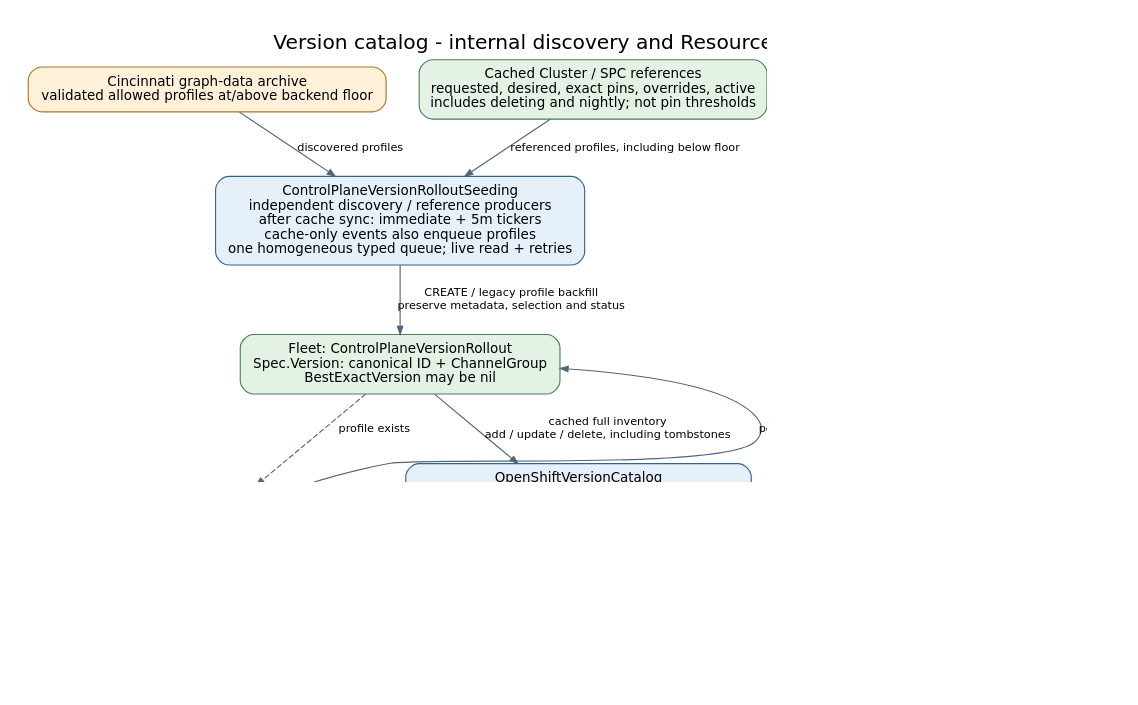
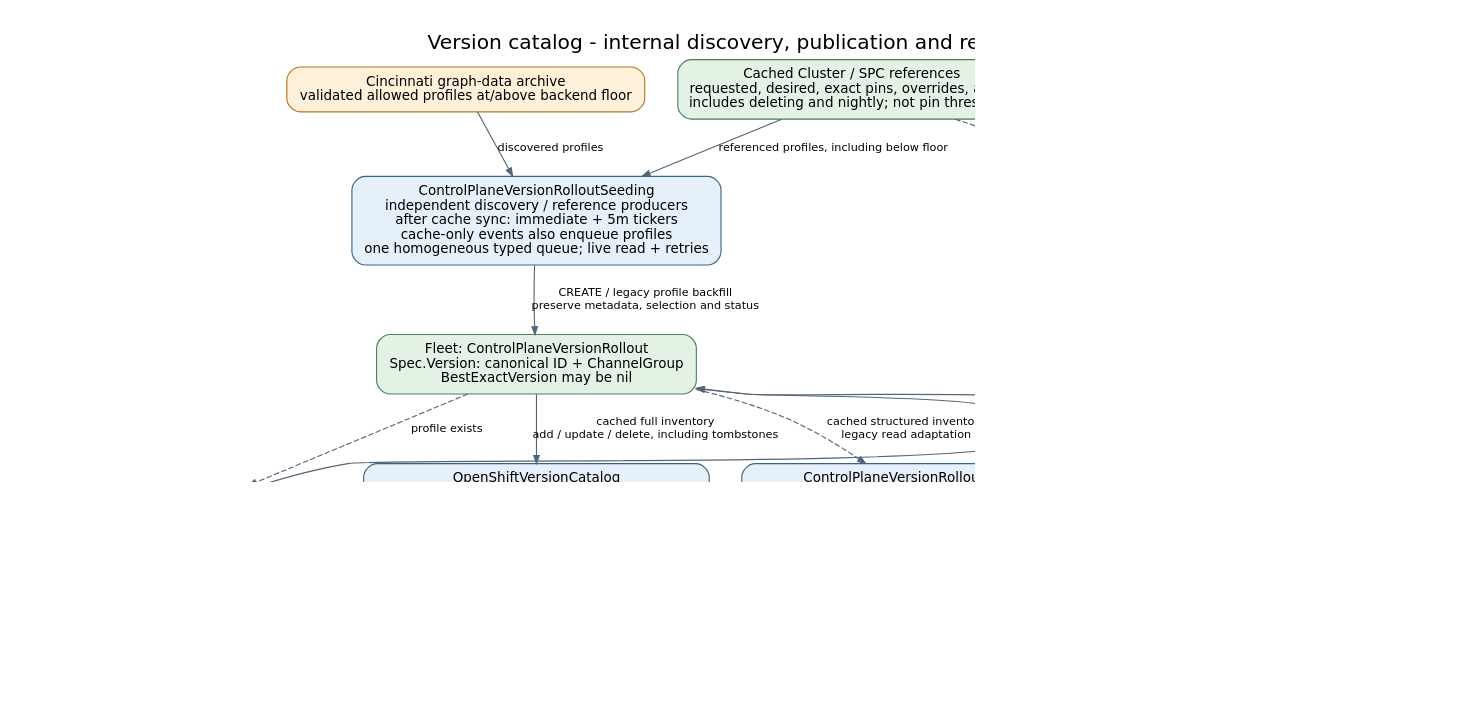
Before and after one commit to stevekuznetsov/ARO-HCP: the diagram in docs/diagrams/controller-flows/version-catalog.dot, drawn with Graphviz. The commit also changed 10 other files, not shown here.

Commit message:
feat: retire unreferenced obsolete version rollouts

```diff
--- a/docs/diagrams/controller-flows/version-catalog.dot
+++ b/docs/diagrams/controller-flows/version-catalog.dot
@@ -1,21 +1,25 @@
 digraph version_catalog {
-  graph [rankdir=TB, bgcolor="white", pad="0.3", nodesep="0.4", ranksep="0.55", fontname="DejaVu Sans", fontsize=18, labelloc=t, label="Version catalog - internal discovery and Resources publication", dpi=110];
+  graph [rankdir=TB, bgcolor="white", pad="0.3", nodesep="0.4", ranksep="0.55", fontname="DejaVu Sans", fontsize=18, labelloc=t, label="Version catalog - internal discovery, publication and retirement", dpi=110];
   node [shape=box, style="rounded,filled", fillcolor="#e6f0fa", color="#35648a", fontname="DejaVu Sans", fontsize=12, margin="0.16,0.10"];
   edge [color="#536577", fontname="DejaVu Sans", fontsize=10, arrowsize=0.7];
   graphdata [label="Cincinnati graph-data archive\nvalidated allowed profiles at/above backend floor", fillcolor="#fff0da", color="#b27624"];
   refs [label="Cached Cluster / SPC references\nrequested, desired, exact pins, overrides, active\nincludes deleting and nightly; not pin thresholds", fillcolor="#e4f2e5", color="#4c8053"];
   seed [label="ControlPlaneVersionRolloutSeeding\nindependent discovery / reference producers\nafter cache sync: immediate + 5m tickers\ncache-only events also enqueue profiles\none homogeneous typed queue; live read + retries"];
   fleet [label="Fleet: ControlPlaneVersionRollout\nSpec.Version: canonical ID + ChannelGroup\nBestExactVersion may be nil", fillcolor="#e4f2e5", color="#4c8053"];
   best [label="ControlPlaneVersionBestVersionSelection\nCincinnati exact-release selection\nexisting selector does not resolve nightly"];
   publish [label="OpenShiftVersionCatalog\ninitial cache sync + startup + rollout events\n5m delayed requeue; one regional key / worker\nadapt legacy profile without persisted backfill\nvalidate all; public floor; sort ID then channel\nAvailable = BestExactVersion != nil"];
   catalog [label="Resources: OpenShiftVersionCatalog/default\nprovider-namespace partition; regional account\nEntries: Version {ID, ChannelGroup}, Available\nincludes unresolved entries; empty results = []", fillcolor="#e4f2e5", color="#4c8053"];
-  boundary [shape=note, label="Persistence only at this stage\nFrontend version GET/LIST still use Cluster Service\nNo rollout retirement controller", fillcolor="#f5f5f5", color="#777777"];
+  retire [label="ControlPlaneVersionRolloutRetirement\nafter cache sync: immediate + 5m ticker\none regional key / worker; queue retries\nadapt legacy profiles; validate all inventory\nDELETE only below backend floor AND unreferenced\nany inventory error blocks all deletion"];
+  boundary [shape=note, label="Catalog persistence only at this stage\nFrontend version GET/LIST still use Cluster Service", fillcolor="#f5f5f5", color="#777777"];
   graphdata -> seed [label="discovered profiles"];
   refs -> seed [label="referenced profiles, including below floor"];
   seed -> fleet [label="CREATE / legacy profile backfill\npreserve metadata, selection and status"];
   fleet -> best [label="profile exists", style=dashed];
   best -> fleet [label="persist changed best", constraint=false];
+  refs -> retire [label="complete reference inventory\nincludes deleting documents", style=dashed, constraint=false];
+  fleet -> retire [label="cached structured inventory\nlegacy read adaptation", style=dashed];
+  retire -> fleet [label="DELETE obsolete unreferenced profiles\n404 tolerated; retain at/above floor", constraint=false];
   fleet -> publish [label="cached full inventory\nadd / update / delete, including tombstones"];
   publish -> catalog [label="point GET; CREATE / changed ETag REPLACE\nerrors preserve previous snapshot and retry"];
   {rank=same; catalog; boundary;}
 }
```
